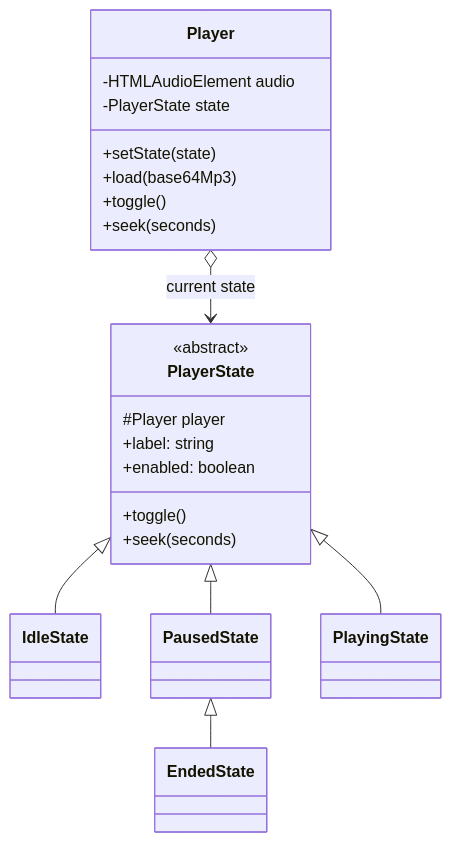
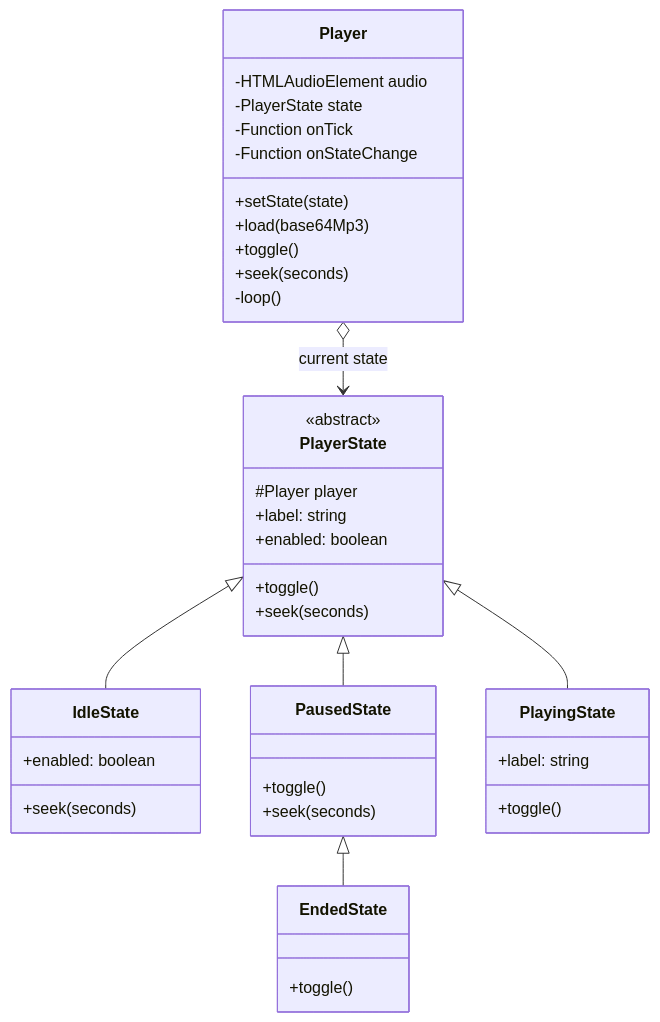
The second of 6 diagrams in DESIGN_PATTERN.md (shu-vro/cse3206), drawn with Mermaid before and after one commit. The commit also changed other lines of this file and 3 other files, not shown here.

````diff
--- a/DESIGN_PATTERN.md
+++ b/DESIGN_PATTERN.md
@@ -157,29 +188,43 @@
 ```mermaid
 classDiagram
     class Player {
         -HTMLAudioElement audio
         -PlayerState state
+        -Function onTick
+        -Function onStateChange
         +setState(state)
         +load(base64Mp3)
         +toggle()
         +seek(seconds)
+        -loop()
     }
     class PlayerState {
         <<abstract>>
         #Player player
         +label: string
         +enabled: boolean
         +toggle()
         +seek(seconds)
     }
-    class IdleState
-    class PausedState
-    class PlayingState
-    class EndedState
+    class IdleState {
+        +enabled: boolean
+        +seek(seconds)
+    }
+    class PausedState {
+        +toggle()
+        +seek(seconds)
+    }
+    class PlayingState {
+        +label: string
+        +toggle()
+    }
+    class EndedState {
+        +toggle()
+    }
 
     Player o--> PlayerState : current state
     PlayerState <|-- IdleState
     PlayerState <|-- PausedState
     PlayerState <|-- PlayingState
     PausedState <|-- EndedState
 ```
````
